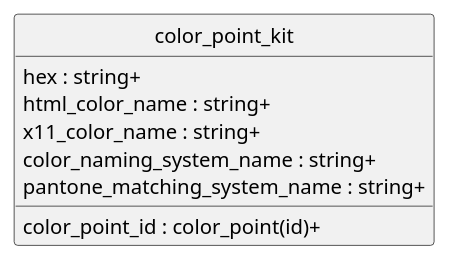
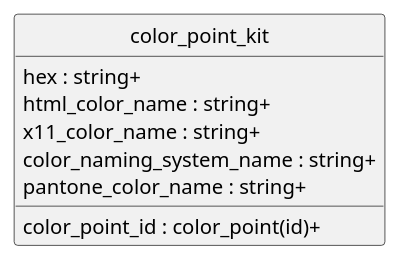
The diagram in doc/concepts/color_point_kit/uml.plantuml (contactopensource/contactopensource), drawn with PlantUML before and after one commit. The commit also changed 16 other files, not shown here.

```diff
--- a/doc/concepts/color_point_kit/uml.plantuml
+++ b/doc/concepts/color_point_kit/uml.plantuml
@@ -1,15 +1,15 @@
 @startuml uml
 skinparam monochrome true
 skinparam linetype ortho
 hide circle
 
 entity color_point_kit {
   hex : string+
   color_point_id : color_point(id)+
   html_color_name : string+
   x11_color_name : string+
   color_naming_system_name : string+
-  pantone_matching_system_name : string+
+  pantone_color_name : string+
 }
 
 @enduml
```
